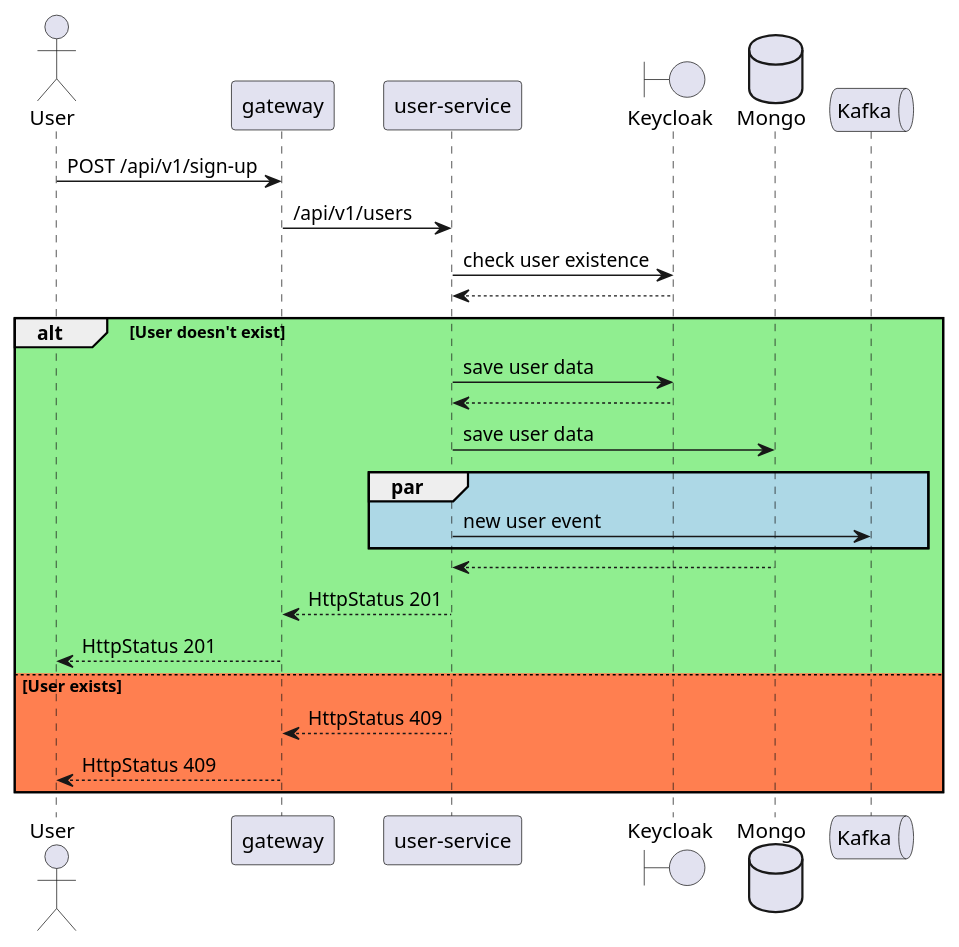
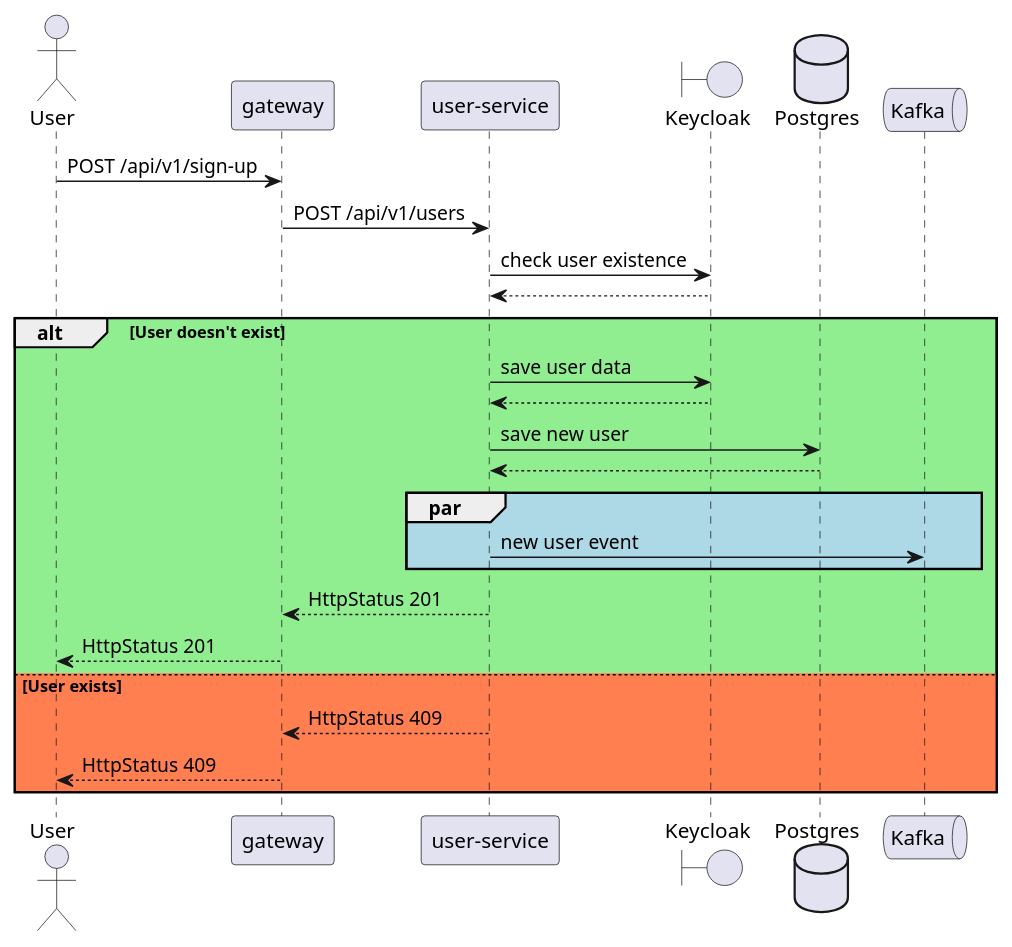
One commit to dalayLama/otus-microservice-2024-08 changed the diagram in hw-01/use-cases/user-sign-up/user-sign-up.puml. Above: the diagram before and after it, drawn with PlantUML. The commit also changed 19 other files, not shown here.

```diff
--- a/hw-01/use-cases/user-sign-up/user-sign-up.puml
+++ b/hw-01/use-cases/user-sign-up/user-sign-up.puml
@@ -1,29 +1,29 @@
 @startuml
 
 actor "User" as user
 participant "gateway" as gw
 participant "user-service" as us
 boundary "Keycloak" as kk
-database "Mongo" as user_db
+database "Postgres" as user_db
 queue "Kafka" as kafka
 
 user -> gw: POST /api/v1/sign-up
-gw -> us: /api/v1/users
+gw -> us: POST /api/v1/users
 us -> kk: check user existence
 kk --> us
 alt #lightgreen User doesn't exist
     us -> kk: save user data
     kk --> us
-    us -> user_db: save user data
+    us -> user_db: save new user
+    user_db --> us
     par #lightblue
         us -> kafka: new user event
     end
-    user_db --> us
     us --> gw: HttpStatus 201
     gw --> user: HttpStatus 201
 else #coral User exists
      us --> gw: HttpStatus 409
      gw --> user: HttpStatus 409
 end
 
 @enduml
```
